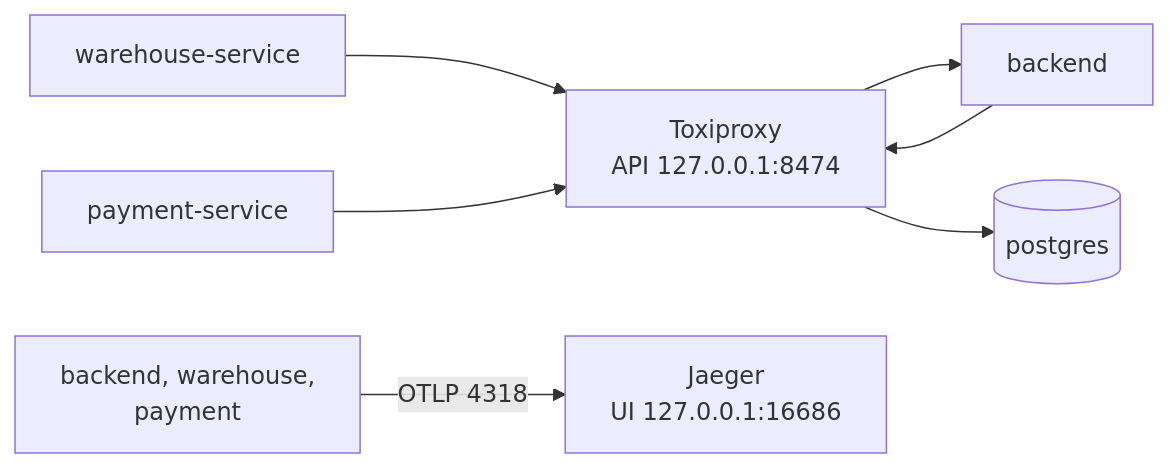
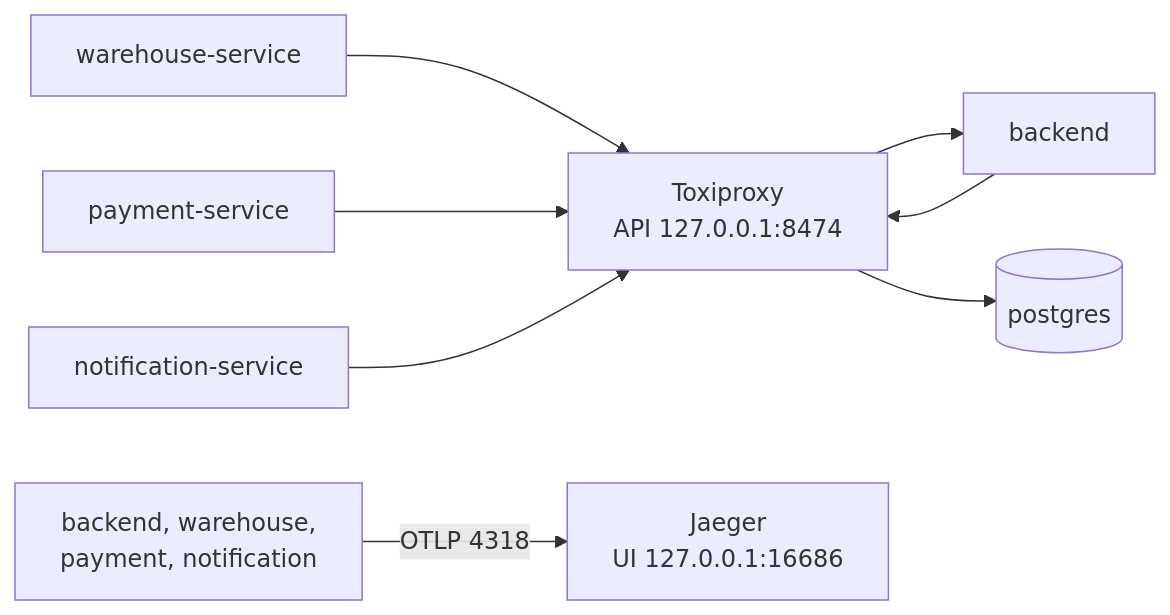
One commit to slawekradzyminski/awesome-localstack changed the fourth of 6 diagrams in docs/PROFILE_URLS.md. Above: the diagram before and after it, drawn with Mermaid. The commit also changed other lines of this file and 32 other files, not shown here.

First line of the commit message:
Document notification-service, reservations and split shipments

````diff
--- a/docs/PROFILE_URLS.md
+++ b/docs/PROFILE_URLS.md
@@ -90,9 +100,10 @@
 ```mermaid
 flowchart LR
     W[warehouse-service] --> T[Toxiproxy<br/>API 127.0.0.1:8474]
     P[payment-service] --> T
+    N[notification-service] --> T
     T --> B[backend]
     T --> DB[(postgres)]
     B --> T
-    S[backend, warehouse,<br/>payment] -->|OTLP 4318| J[Jaeger<br/>UI 127.0.0.1:16686]
+    S[backend, warehouse,<br/>payment, notification] -->|OTLP 4318| J[Jaeger<br/>UI 127.0.0.1:16686]
 ```
````
